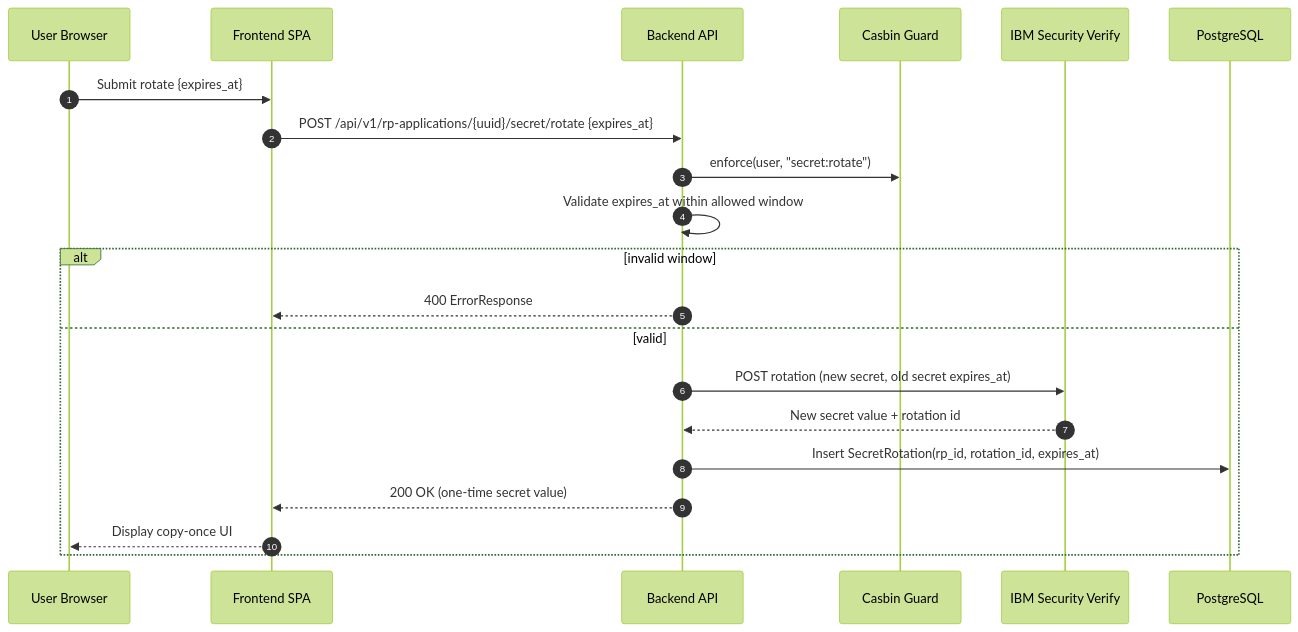
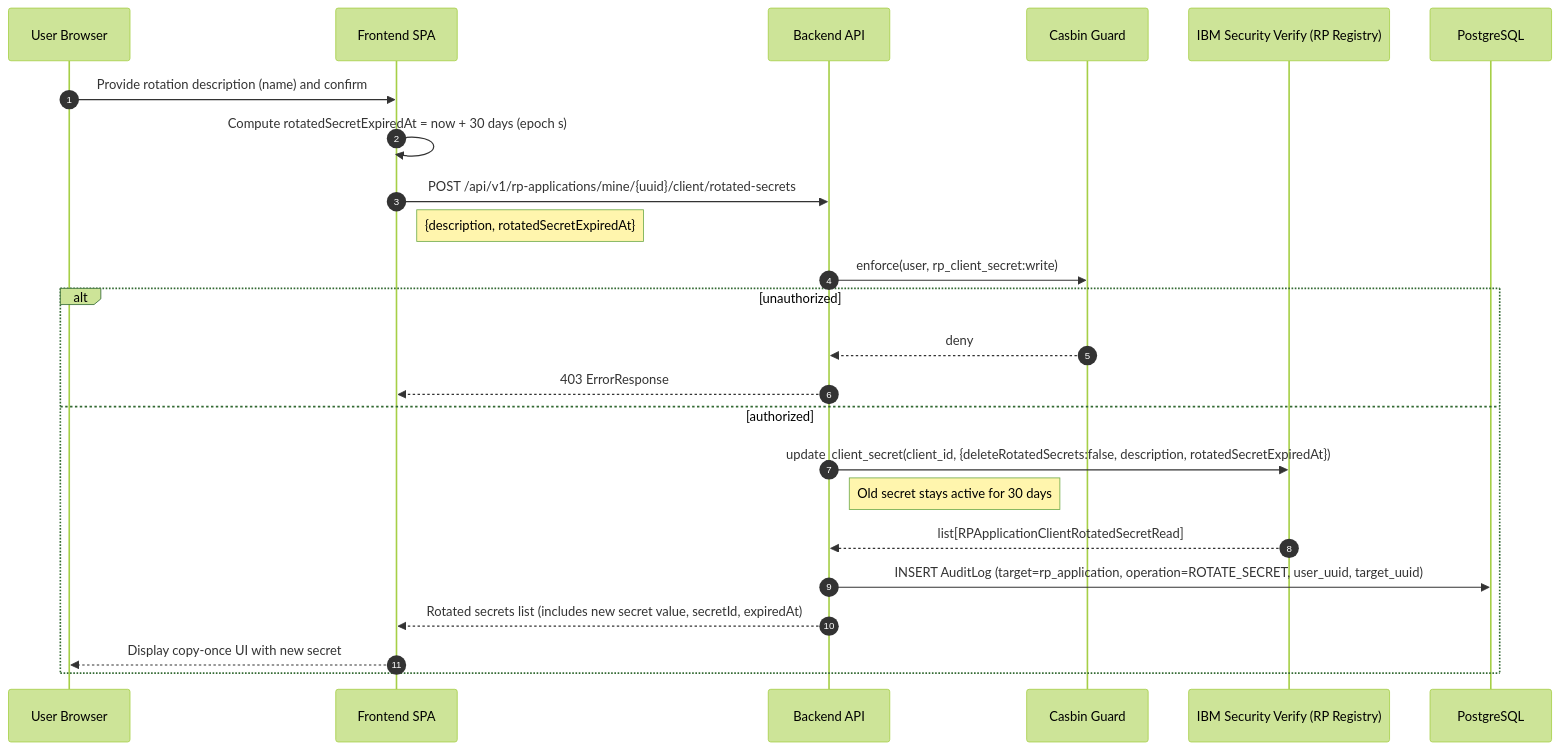
Before and after one commit to cds-snc/canadalogin-partner-portal: the seventh of 13 diagrams in docs/plans/partner-portal-mvp-data-flows.md, drawn with Mermaid (forest theme). The commit also changed other lines of this file and 1 other file, not shown here.

Commit message:
mvp architecture doc update (#93)

````diff
--- a/docs/plans/partner-portal-mvp-data-flows.md
+++ b/docs/plans/partner-portal-mvp-data-flows.md
@@ -193,24 +192,27 @@
 ```mermaid
 sequenceDiagram
     autonumber
     participant U as User Browser
     participant FE as Frontend SPA
     participant BE as Backend API
     participant C as Casbin Guard
-    participant V as IBM Security Verify
+    participant V as IBM Security Verify (RP Registry)
     participant DB as PostgreSQL
 
-    U->>FE: Submit rotate {expires_at}
-    FE->>BE: POST /api/v1/rp-applications/{uuid}/secret/rotate {expires_at}
-    BE->>C: enforce(user, "secret:rotate")
-    BE->>BE: Validate expires_at within allowed window
-    alt invalid window
-        BE-->>FE: 400 ErrorResponse
-    else valid
-        BE->>V: POST rotation (new secret, old secret expires_at)
-        V-->>BE: New secret value + rotation id
-        BE->>DB: Insert SecretRotation(rp_id, rotation_id, expires_at)
-        BE-->>FE: 200 OK (one-time secret value)
-        FE-->>U: Display copy-once UI
+    U->>FE: Provide rotation description (name) and confirm
+    FE->>FE: Compute rotatedSecretExpiredAt = now + 30 days (epoch s)
+    FE->>BE: POST /api/v1/rp-applications/mine/{uuid}/client/rotated-secrets
+    Note right of FE: {description, rotatedSecretExpiredAt}
+    BE->>C: enforce(user, rp_client_secret:write)
+    alt unauthorized
+        C-->>BE: deny
+        BE-->>FE: 403 ErrorResponse
+    else authorized
+        BE->>V: update_client_secret(client_id, {deleteRotatedSecrets:false, description, rotatedSecretExpiredAt})
+        Note right of BE: Old secret stays active for 30 days
+        V-->>BE: list[RPApplicationClientRotatedSecretRead]
+        BE->>DB: INSERT AuditLog (target=rp_application, operation=ROTATE_SECRET, user_uuid, target_uuid)
+        BE-->>FE: Rotated secrets list (includes new secret value, secretId, expiredAt)
+        FE-->>U: Display copy-once UI with new secret
     end
 ```
````
